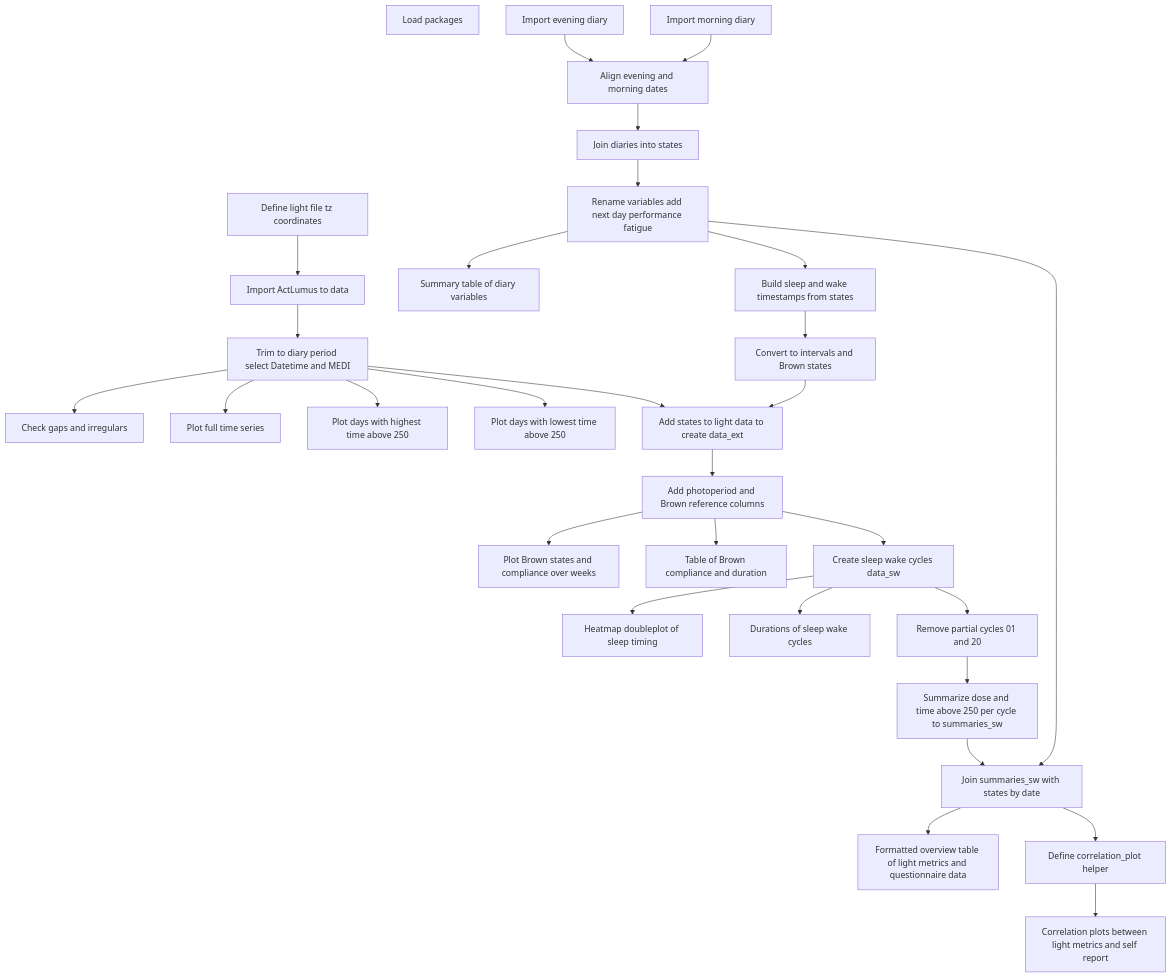
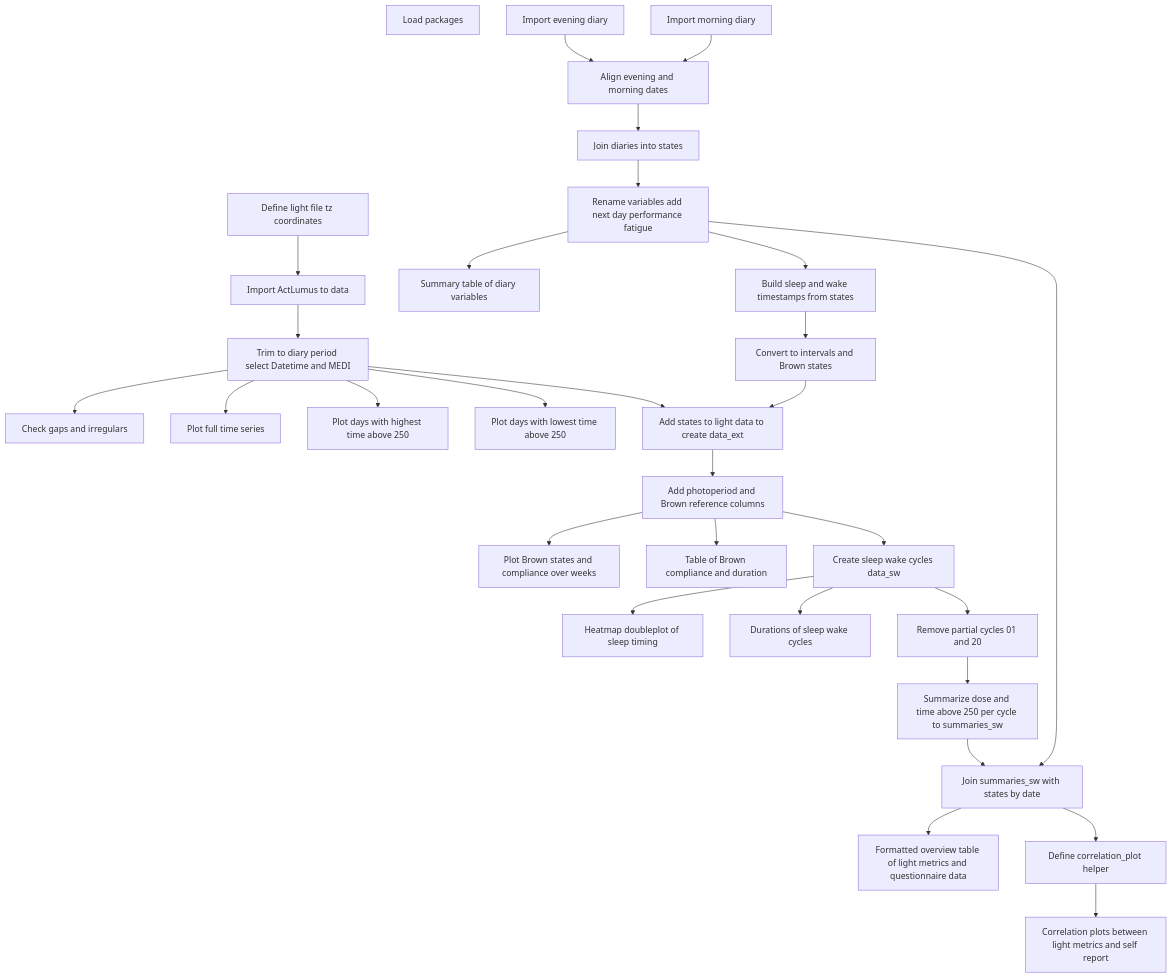
One commit to tscnlab/LightLogR_webinar changed the diagram in _adv_02_mermaid.qmd. Above: the diagram before and after it, drawn with Mermaid. The commit also changed 101 other files, not shown here.

````diff
--- a/_adv_02_mermaid.qmd
+++ b/_adv_02_mermaid.qmd
@@ -1,7 +1,9 @@
 ```{mermaid}
 %%| echo: false
 %%| label: fig-flowchart
+%%| fig-width: 8
 %%| fig-cap: "Flowchart diagram of the *Case of light sensitivity* use case."
+%%{init: {"flowchart": {"diagramPadding": 40}}}%%
 
 flowchart TD
 
````
